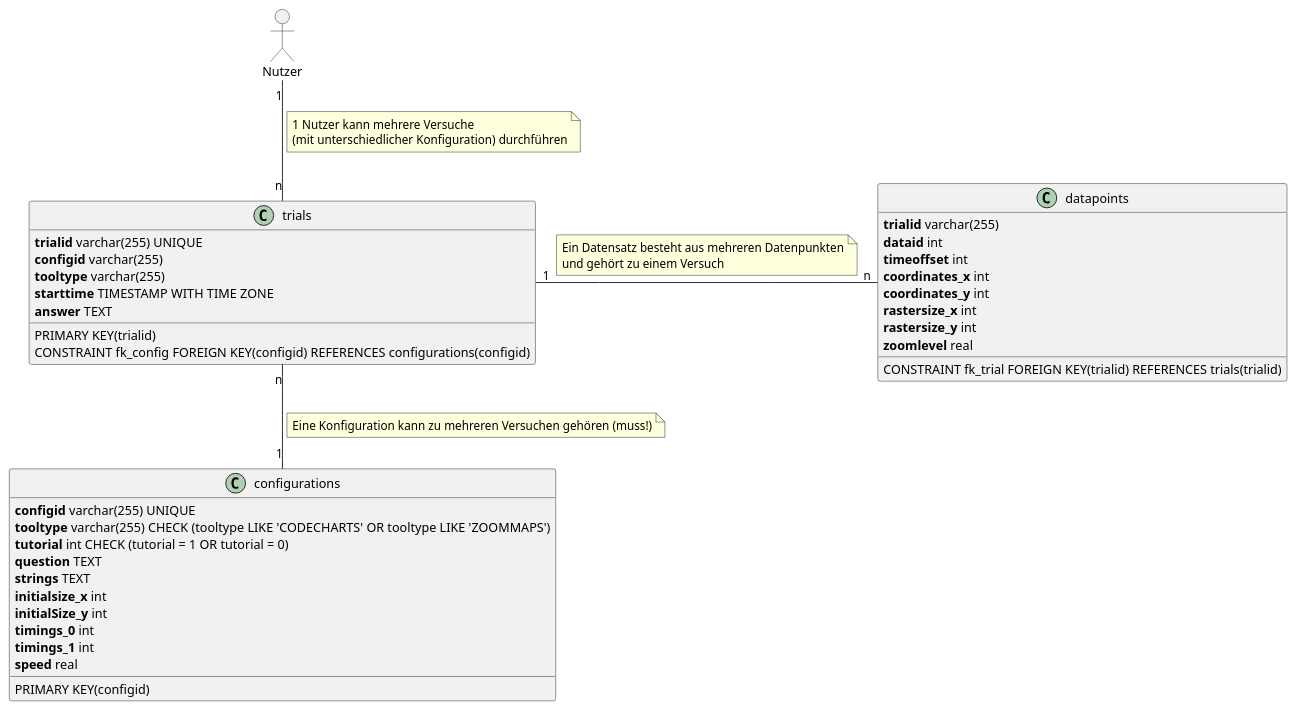
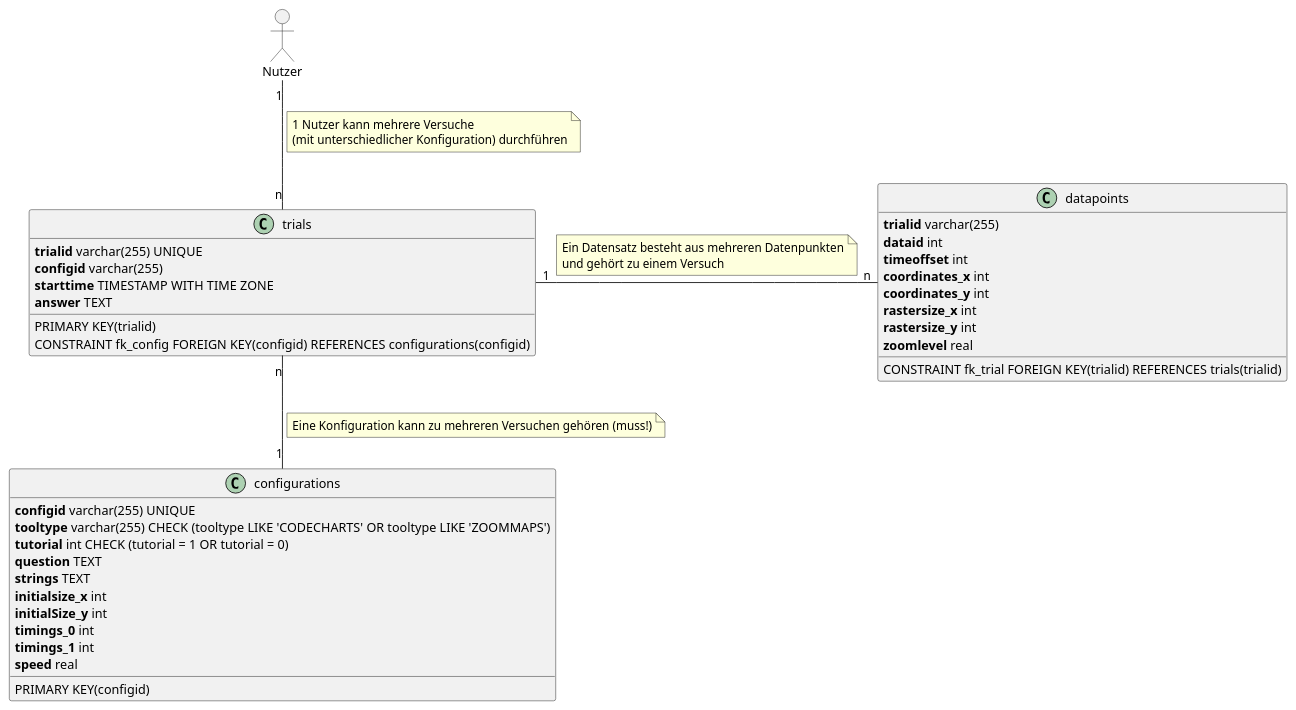
One commit to weichware-10/dokumente changed the diagram in uml-class/sonstige/database.puml. Above: the diagram before and after it, drawn with PlantUML.

Commit message:
[fix] tooltype aus trials entfernt

```diff
--- a/uml-class/sonstige/database.puml
+++ b/uml-class/sonstige/database.puml
@@ -1,60 +1,59 @@
 @startuml database
 
 allowmixing
 
 actor "Nutzer" as n
 
 class "configurations" as c {
     **configid** varchar(255) UNIQUE
     **tooltype** varchar(255) CHECK (tooltype LIKE 'CODECHARTS' OR tooltype LIKE 'ZOOMMAPS')
     **tutorial** int CHECK (tutorial = 1 OR tutorial = 0)
     **question** TEXT
     **strings** TEXT
     **initialsize_x** int
     **initialSize_y** int
     **timings_0** int
     **timings_1** int
     **speed** real
     __
     PRIMARY KEY(configid)
 }
 
 class "trials" as t {
     **trialid** varchar(255) UNIQUE
     **configid** varchar(255)
-    **tooltype** varchar(255)
     **starttime** TIMESTAMP WITH TIME ZONE
     **answer** TEXT
     __
     PRIMARY KEY(trialid)
     CONSTRAINT fk_config FOREIGN KEY(configid) REFERENCES configurations(configid)
 }
 
 class "datapoints" as d {
     **trialid** varchar(255)
     **dataid** int
     **timeoffset** int
     **coordinates_x** int
     **coordinates_y** int
     **rastersize_x** int
     **rastersize_y** int
     **zoomlevel** real
     __
     CONSTRAINT fk_trial FOREIGN KEY(trialid) REFERENCES trials(trialid)
 }
 
 n "1" -- "n" t
 note on link
     1 Nutzer kann mehrere Versuche
     (mit unterschiedlicher Konfiguration) durchführen
 end note
 t "1" -r- "n" d
 note on link
     Ein Datensatz besteht aus mehreren Datenpunkten
     und gehört zu einem Versuch
 end note
 t "n" -- "1" c
 note on link
     Eine Konfiguration kann zu mehreren Versuchen gehören (muss!)
 end note
 @enduml
```
